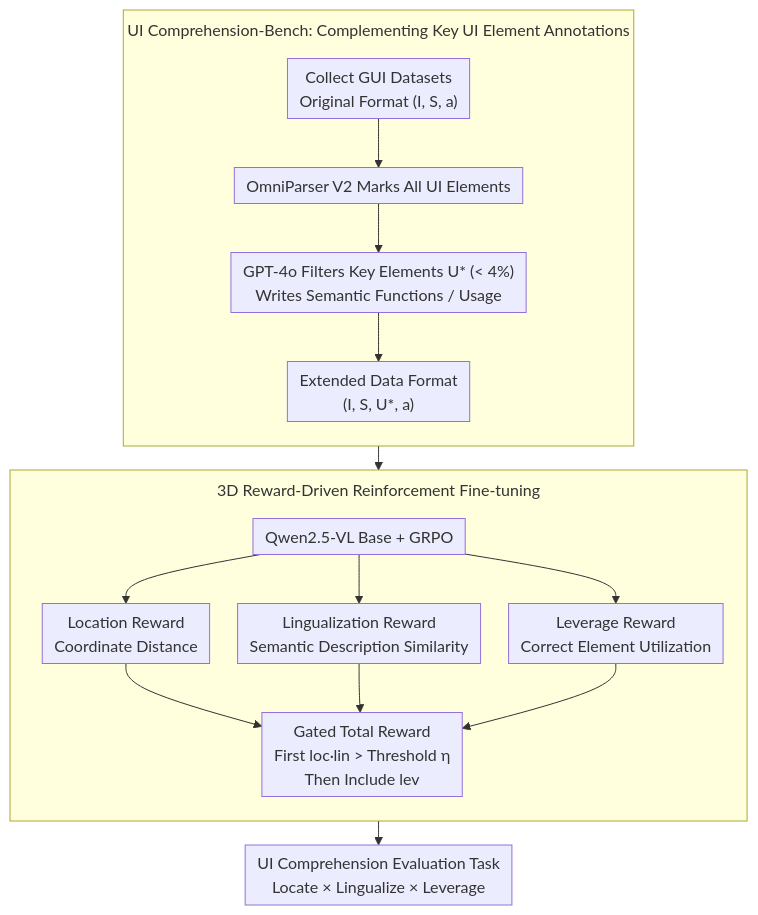
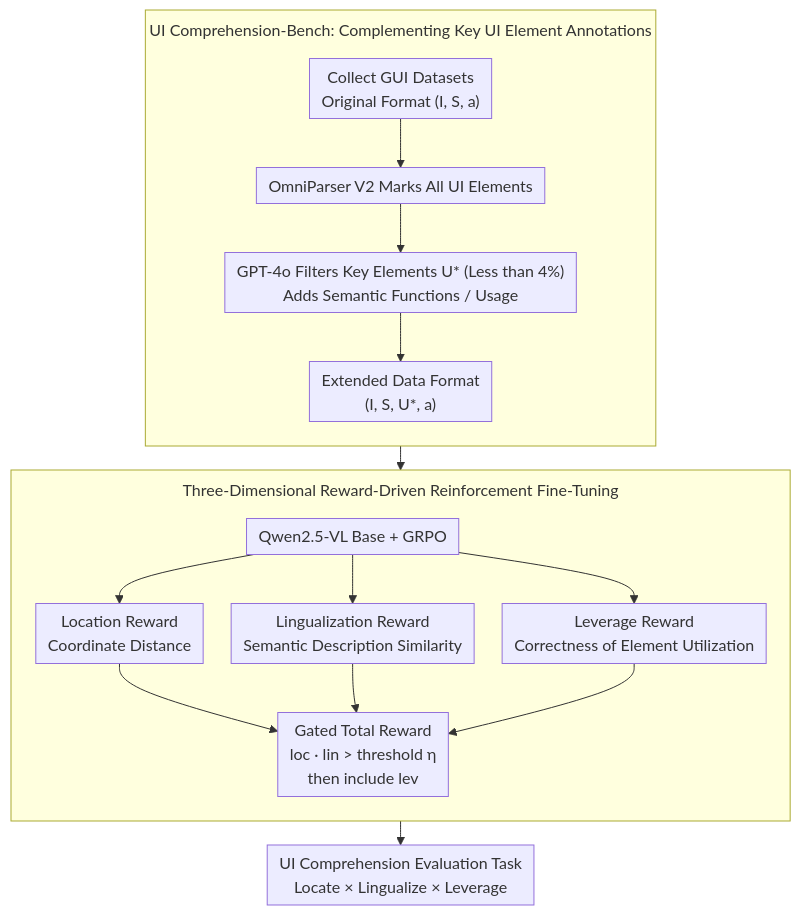
The diagram in docs/ACL2026/vlm_reasoning/what39s_missing_in_screen-to-action_towards_a_ui-in-the-loop_paradigm_for_multim.md (zhaoyang97/Paper-Notes-en), drawn with Mermaid before and after one commit. The commit also changed other lines of this file and 5084 other files, not shown here.

````diff
--- a/docs/ACL2026/vlm_reasoning/what39s_missing_in_screen-to-action_towards_a_ui-in-the-loop_paradigm_for_multim.md
+++ b/docs/ACL2026/vlm_reasoning/what39s_missing_in_screen-to-action_towards_a_ui-in-the-loop_paradigm_for_multim.md
@@ -44,21 +44,21 @@
 ```mermaid
 %%{init: {'flowchart': {'rankSpacing': 24, 'nodeSpacing': 28, 'padding': 6, 'wrappingWidth': 400, 'subGraphTitleMargin': {'top': 8, 'bottom': 16}}}}%%
 flowchart TD
     subgraph BENCH["UI Comprehension-Bench: Complementing Key UI Element Annotations"]
         direction TB
         A["Collect GUI Datasets<br/>Original Format (I, S, a)"] --> B["OmniParser V2 Marks All UI Elements"]
-        B --> C["GPT-4o Filters Key Elements U* (< 4%)<br/>Writes Semantic Functions / Usage"]
+        B --> C["GPT-4o Filters Key Elements U* (Less than 4%)<br/>Adds Semantic Functions / Usage"]
         C --> D["Extended Data Format<br/>(I, S, U*, a)"]
     end
     D --> E["Qwen2.5-VL Base + GRPO"]
-    subgraph RFT["3D Reward-Driven Reinforcement Fine-tuning"]
+    subgraph RFT["Three-Dimensional Reward-Driven Reinforcement Fine-Tuning"]
         direction TB
         E --> F["Location Reward<br/>Coordinate Distance"]
         E --> G["Lingualization Reward<br/>Semantic Description Similarity"]
-        E --> H["Leverage Reward<br/>Correct Element Utilization"]
-        F --> I["Gated Total Reward<br/>First loc·lin > Threshold η<br/>Then Include lev"]
+        E --> H["Leverage Reward<br/>Correctness of Element Utilization"]
+        F --> I["Gated Total Reward<br/>loc · lin > threshold η<br/>then include lev"]
         G --> I
         H --> I
     end
     I --> J["UI Comprehension Evaluation Task<br/>Locate × Lingualize × Leverage"]
 ```
````
